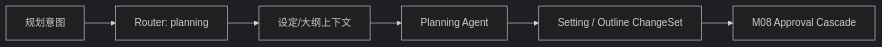
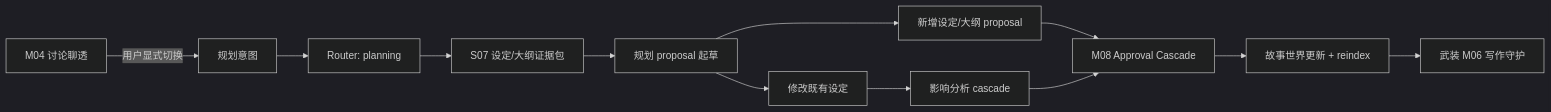
Before and after one commit to jinhuang712/open-novel: the diagram in spec/M05-planning-mode.md, drawn with Mermaid (dark theme). The commit also changed other lines of this file and 10 other files, not shown here.

````diff
--- a/spec/M05-planning-mode.md
+++ b/spec/M05-planning-mode.md
@@ -16,8 +18,14 @@
 ```mermaid
 flowchart LR
-  Input[规划意图] --> Router[Router: planning]
-  Router --> Context[设定/大纲上下文]
-  Context --> Planner[Planning Agent]
-  Planner --> Proposal[Setting / Outline ChangeSet]
-  Proposal --> Approval[M08 Approval Cascade]
+  Discuss[M04 讨论聊透] -->|用户显式切换| Input[规划意图]
+  Input --> Router[Router: planning]
+  Router --> Context[S07 设定/大纲证据包]
+  Context --> Planner[规划 proposal 起草]
+  Planner --> New[新增设定/大纲 proposal]
+  Planner --> Modify[修改既有设定]
+  Modify --> Impact[影响分析 cascade]
+  New --> Approval[M08 Approval Cascade]
+  Impact --> Approval
+  Approval --> World[故事世界更新 + reindex]
+  World --> Writing[武装 M06 写作守护]
 ```
````
